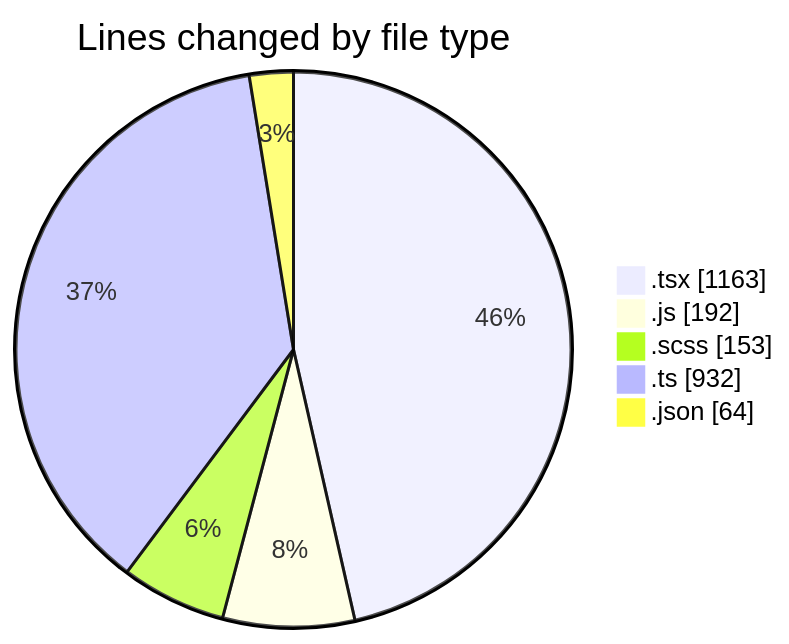
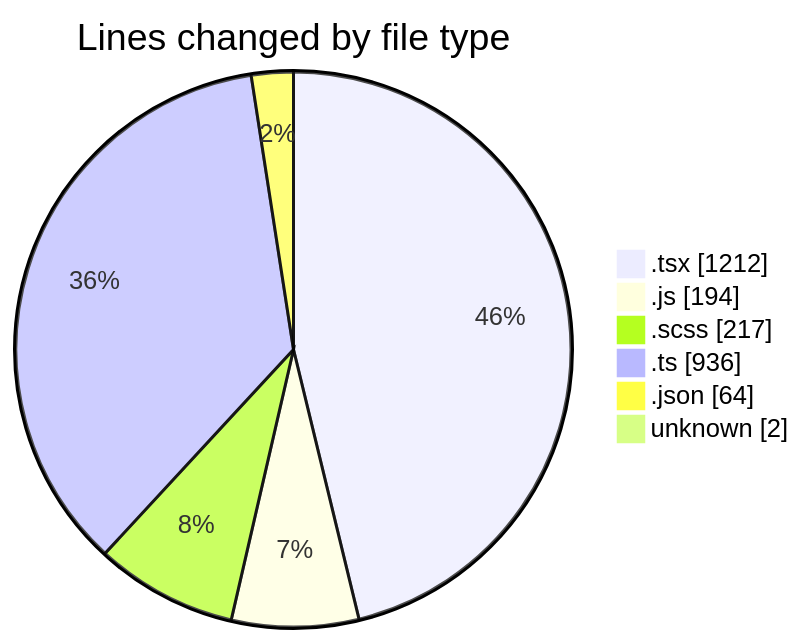
The first of 2 diagrams in 2026-08-25/cda/README.md (momahboobian/code-tracking), drawn with Mermaid before and after one commit. The commit also changed other lines of this file and 1 other file, not shown here.

````diff
--- a/2026-08-25/cda/README.md
+++ b/2026-08-25/cda/README.md
@@ -44,9 +48,10 @@
 ```mermaid
 pie showData
 title Lines changed by file type
-".tsx" : 1163
-".js" : 192
-".scss" : 153
-".ts" : 932
+".tsx" : 1212
+".js" : 194
+".scss" : 217
+".ts" : 936
 ".json" : 64
+"unknown" : 2
 ```
````
